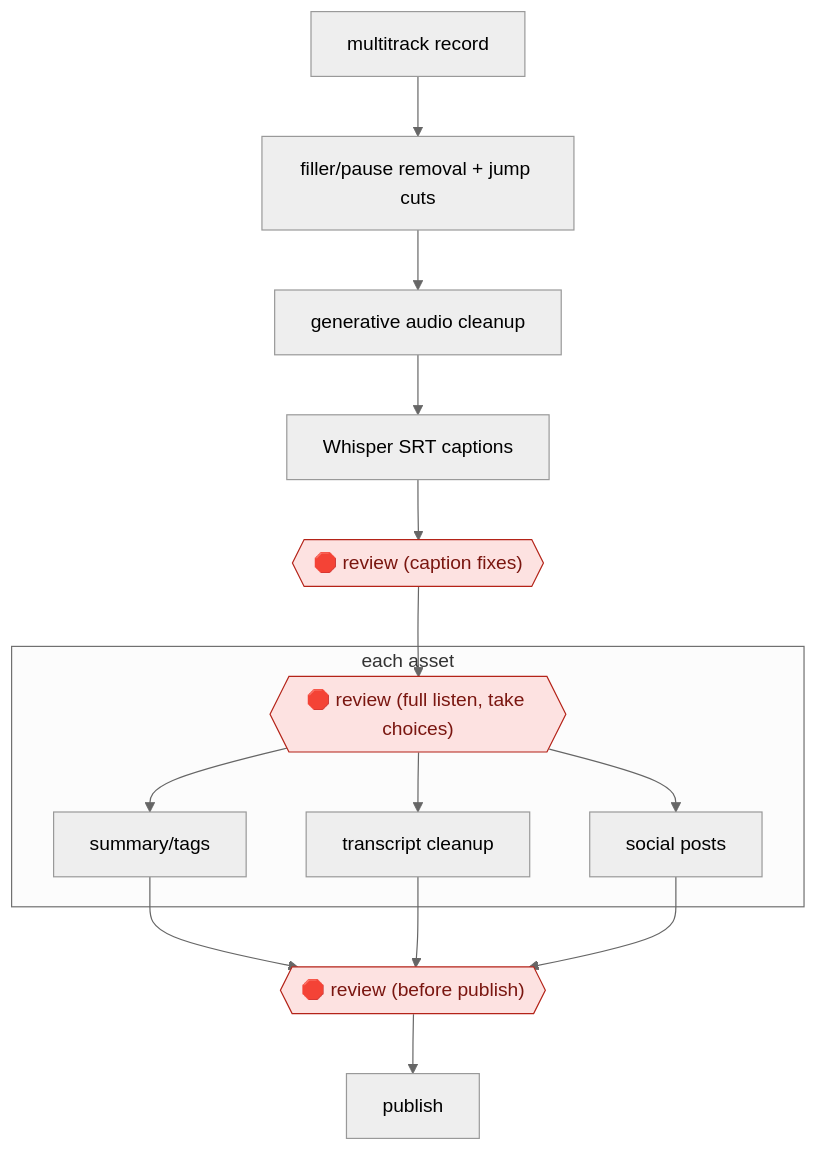
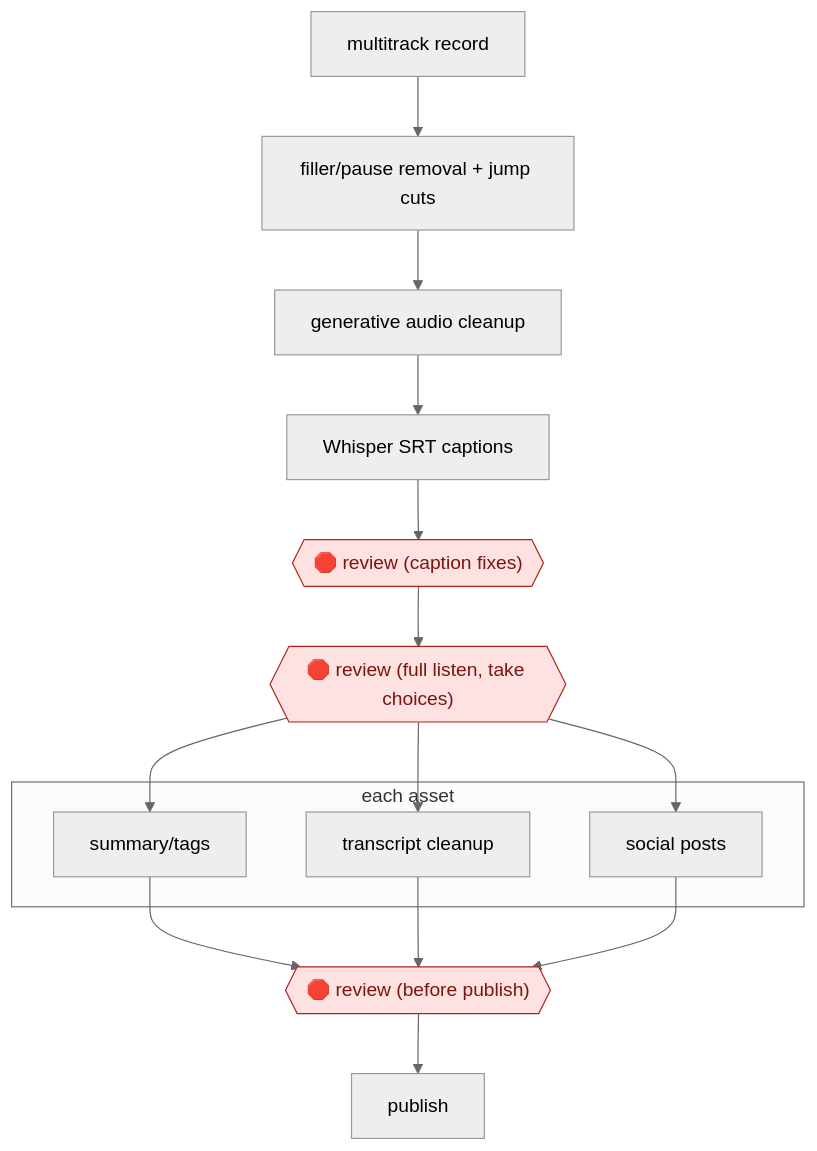
Before and after one commit to milesradford99/agent-workflow-atlas: the diagram in workflows/CRE/MED/AUDIO/episode-post-production-chain/README.md, drawn with Mermaid (neutral theme). The commit also changed other lines of this file and 171 other files, not shown here.

````diff
--- a/workflows/CRE/MED/AUDIO/episode-post-production-chain/README.md
+++ b/workflows/CRE/MED/AUDIO/episode-post-production-chain/README.md
@@ -31,29 +31,29 @@
 ```mermaid
 flowchart TD
   n1["multitrack record"]
   n2["filler/pause removal + jump cuts"]
-  n1 --> n2
   n3["generative audio cleanup"]
-  n2 --> n3
   n4["Whisper SRT captions"]
-  n3 --> n4
   n5{{"🛑 review (caption fixes)"}}:::stop
-  n4 --> n5
   n6{{"🛑 review (full listen, take choices)"}}:::stop
-  n5 --> n6
   subgraph s7["each asset"]
   n8["summary/tags"]
-  n6 --> n8
   n9["transcript cleanup"]
-  n6 --> n9
   n10["social posts"]
-  n6 --> n10
   end
   n11{{"🛑 review (before publish)"}}:::stop
+  n12["publish"]
+  n1 --> n2
+  n2 --> n3
+  n3 --> n4
+  n4 --> n5
+  n5 --> n6
+  n6 --> n8
+  n6 --> n9
+  n6 --> n10
   n8 --> n11
   n9 --> n11
   n10 --> n11
-  n12["publish"]
   n11 --> n12
   classDef stop fill:#fde2e1,stroke:#b42318,color:#7a1610
 ```
````
